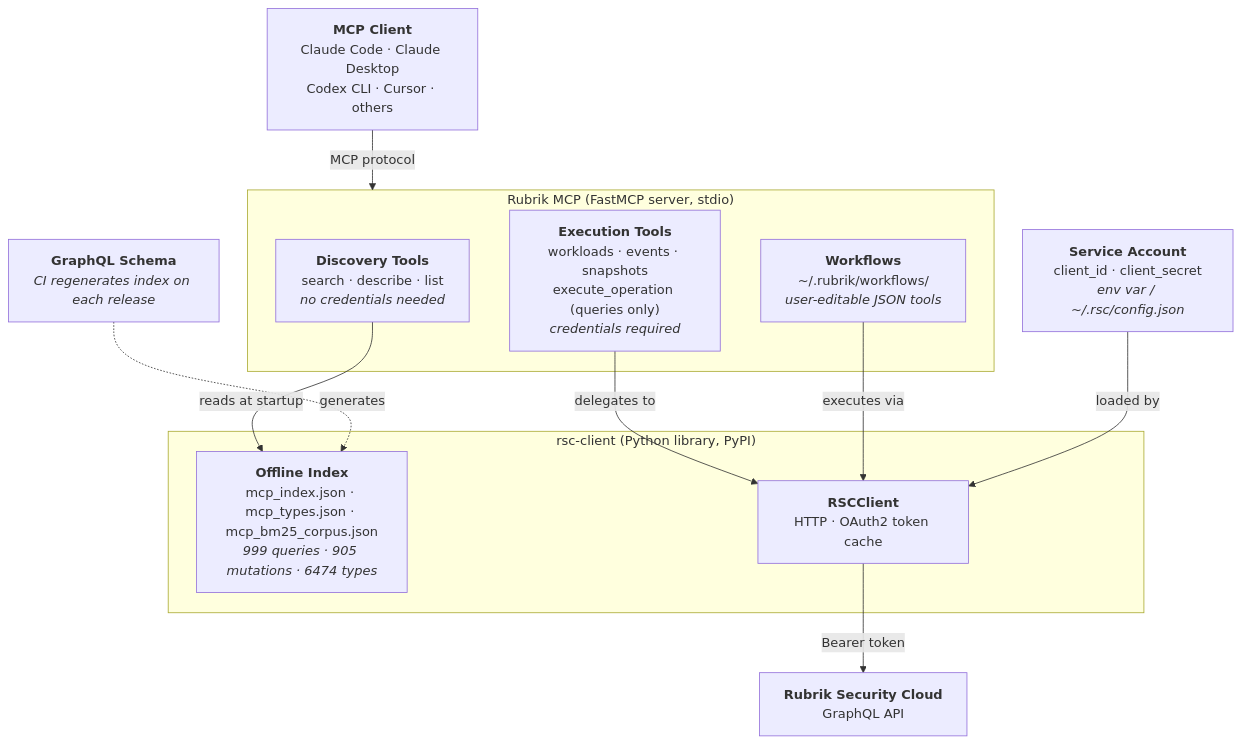
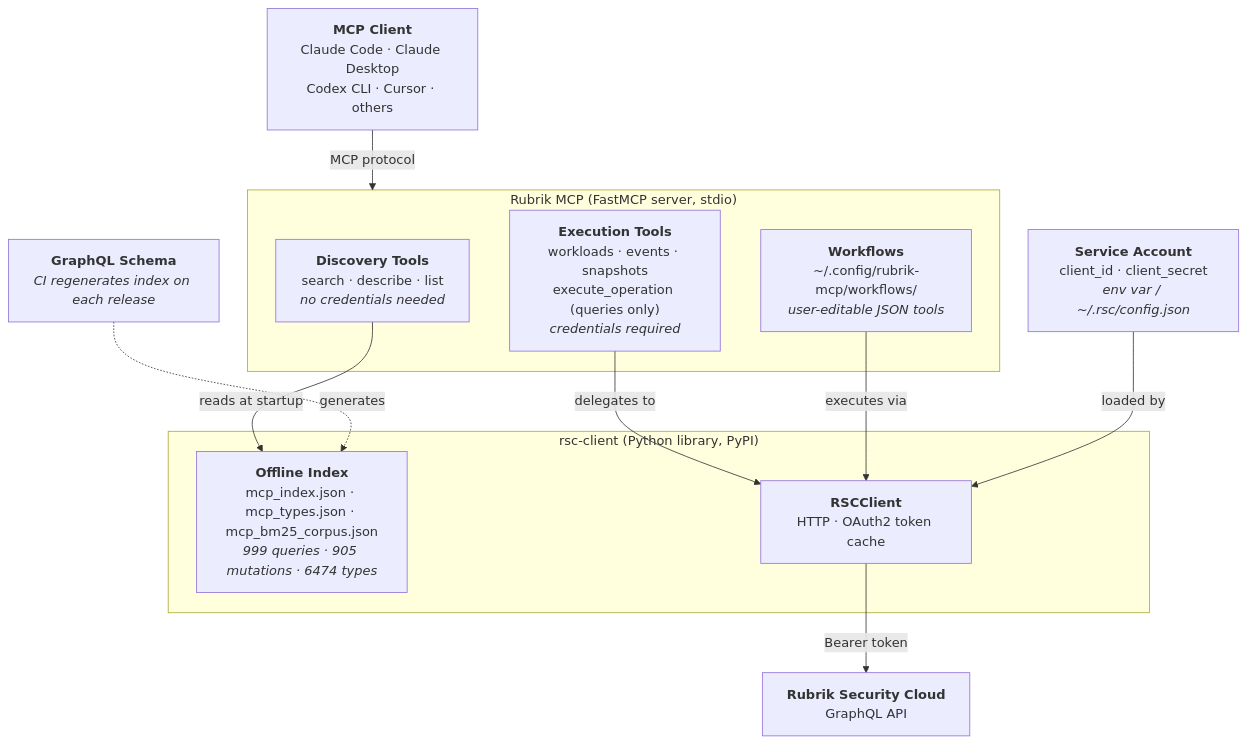
One commit to gsuresh97/rubrik-mcp changed the diagram in docs/advanced.md. Above: the diagram before and after it, drawn with Mermaid. The commit also changed other lines of this file and 8 other files, not shown here.

First line of the commit message:
Move default config directory to ~/.config/rubrik-mcp (#28)

````diff
--- a/docs/advanced.md
+++ b/docs/advanced.md
@@ -55,27 +55,27 @@
 ```mermaid
 graph TD
     CC["<b>MCP Client</b><br/>Claude Code · Claude Desktop<br/>Codex CLI · Cursor · others"]
 
     subgraph MCP["Rubrik MCP  (FastMCP server, stdio)"]
         DT["<b>Discovery Tools</b><br/>search · describe · list<br/><i>no credentials needed</i>"]
         ET["<b>Execution Tools</b><br/>workloads · events · snapshots<br/>execute_operation (queries only)<br/><i>credentials required</i>"]
-        WF["<b>Workflows</b><br/>~/.rubrik/workflows/<br/><i>user-editable JSON tools</i>"]
+        WF["<b>Workflows</b><br/>~/.config/rubrik-mcp/workflows/<br/><i>user-editable JSON tools</i>"]
     end
 
     subgraph CLIENT["rsc-client  (Python library, PyPI)"]
         IDX["<b>Offline Index</b><br/>mcp_index.json · mcp_types.json · mcp_bm25_corpus.json<br/><i>999 queries · 905 mutations · 6474 types</i>"]
         RC["<b>RSCClient</b><br/>HTTP · OAuth2 token cache"]
     end
 
     SA["<b>Service Account</b><br/>client_id · client_secret<br/><i>env var / ~/.rsc/config.json</i>"]
     API["<b>Rubrik Security Cloud</b><br/>GraphQL API"]
     SDL["<b>GraphQL Schema</b><br/><i>CI regenerates index on each release</i>"]
 
     CC -->|"MCP protocol"| MCP
     DT -->|"reads at startup"| IDX
     ET -->|"delegates to"| RC
     WF -->|"executes via"| RC
     RC -->|"Bearer token"| API
     SA -->|"loaded by"| RC
     SDL -.->|"generates"| IDX
 ```
````
